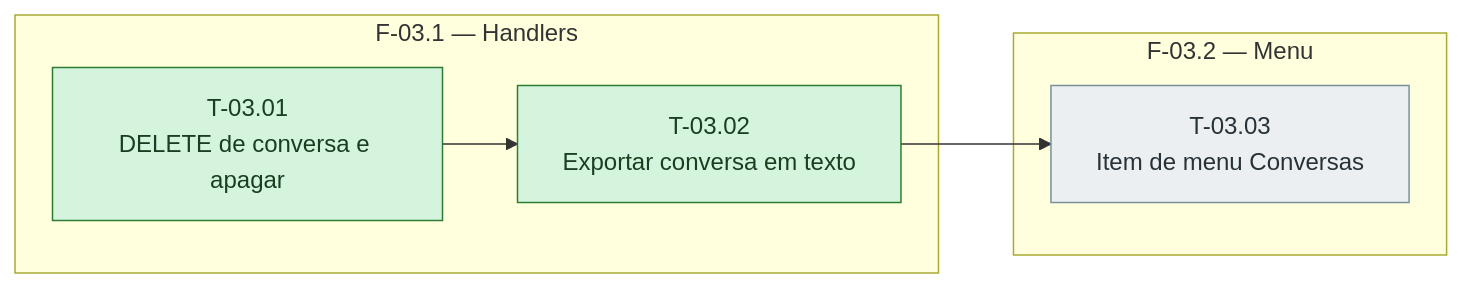
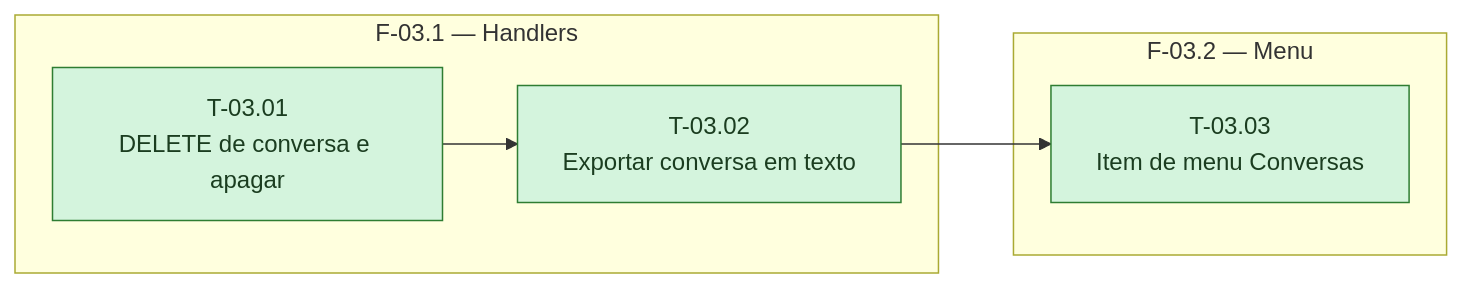
One commit to bittencourtthulio/converse-chatbot changed the diagram in docs/historico-de-conversas/sprint-03/fases.md. Above: the diagram before and after it, drawn with Mermaid. The commit also changed 3 other files, not shown here.

````diff
--- a/docs/historico-de-conversas/sprint-03/fases.md
+++ b/docs/historico-de-conversas/sprint-03/fases.md
@@ -31,23 +31,23 @@
 ```mermaid
 %% Grafo de tasks — sprint-03 — gerado pela sprintx a partir de tasks.md
 flowchart LR
   subgraph fase_03_1["F-03.1 — Handlers"]
     T_03_01["T-03.01<br/>DELETE de conversa e apagar "]
     T_03_02["T-03.02<br/>Exportar conversa em texto"]
   end
   subgraph fase_03_2["F-03.2 — Menu"]
     T_03_03["T-03.03<br/>Item de menu Conversas"]
   end
   T_03_01 --> T_03_02
   T_03_02 --> T_03_03
 
   classDef concluida fill:#d4f4dd,stroke:#2e7d32,color:#1b3d20
   classDef andamento fill:#fff3cd,stroke:#b8860b,color:#4a3800
   classDef bloqueada fill:#f8d7da,stroke:#c62828,color:#4a1d1f
   classDef pendente  fill:#eceff1,stroke:#78909c,color:#263238
   classDef critico   stroke-width:3px
 
   class T_03_01 concluida
   class T_03_02 concluida
-  class T_03_03 pendente
+  class T_03_03 concluida
 ```
````
